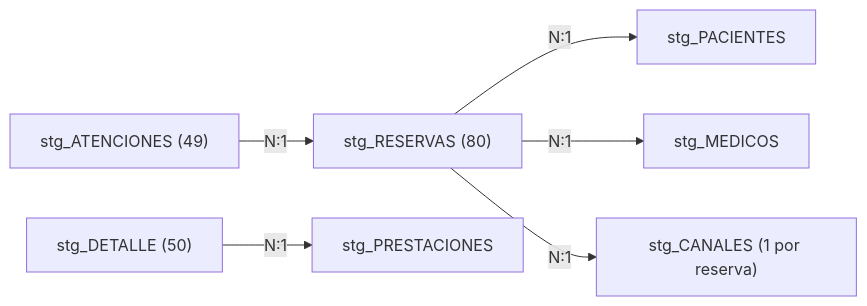
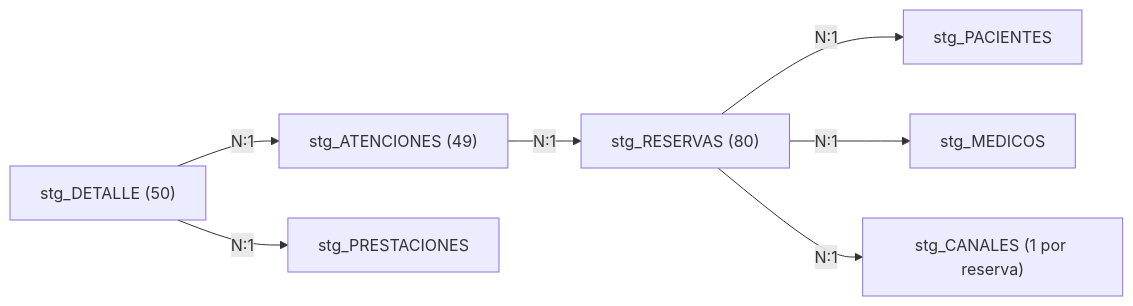
One commit to LukasGarrido/SaludVital changed the third of 4 diagrams in docs/informe/Informe_SaludVital.md. Above: the diagram before and after it, drawn with Mermaid. The commit also changed other lines of this file, not shown here.

````diff
--- a/docs/informe/Informe_SaludVital.md
+++ b/docs/informe/Informe_SaludVital.md
@@ -549,8 +553,9 @@
 ```mermaid
 flowchart LR
   RES["stg_RESERVAS (80)"] -->|N:1| PAC["stg_PACIENTES"]
   RES -->|N:1| MED["stg_MEDICOS"]
   RES -->|N:1| CAN["stg_CANALES (1 por reserva)"]
   ATE["stg_ATENCIONES (49)"] -->|N:1| RES
   DET["stg_DETALLE (50)"] -->|N:1| PRE["stg_PRESTACIONES"]
+  DET -->|N:1| ATE
 ```
````
